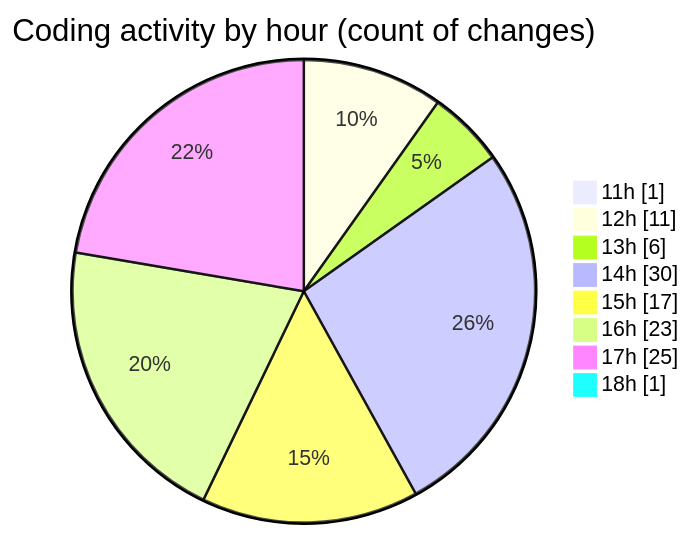
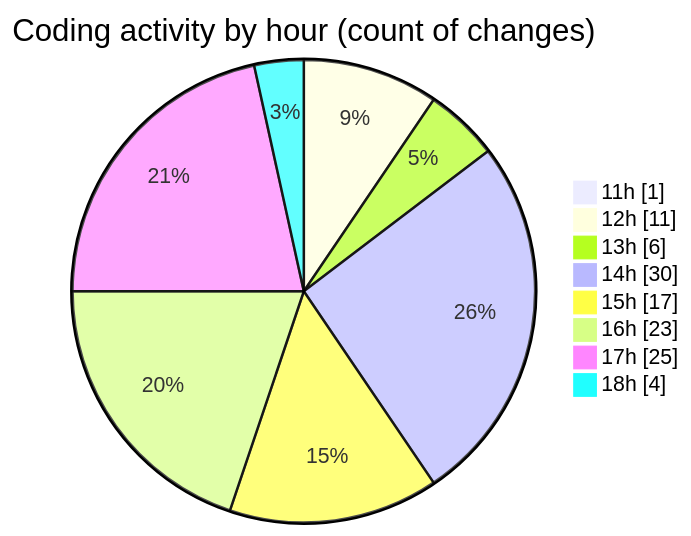
One commit to momahboobian/code-tracking changed the second of 2 diagrams in 2026-03-24/cda/README.md. Above: the diagram before and after it, drawn with Mermaid. The commit also changed other lines of this file and 1 other file, not shown here.

````diff
--- a/2026-03-24/cda/README.md
+++ b/2026-03-24/cda/README.md
@@ -43,12 +43,12 @@
 ```mermaid
 pie showData
 title Coding activity by hour (count of changes)
 "11h" : 1
 "12h" : 11
 "13h" : 6
 "14h" : 30
 "15h" : 17
 "16h" : 23
 "17h" : 25
-"18h" : 1
+"18h" : 4
 ```
````
